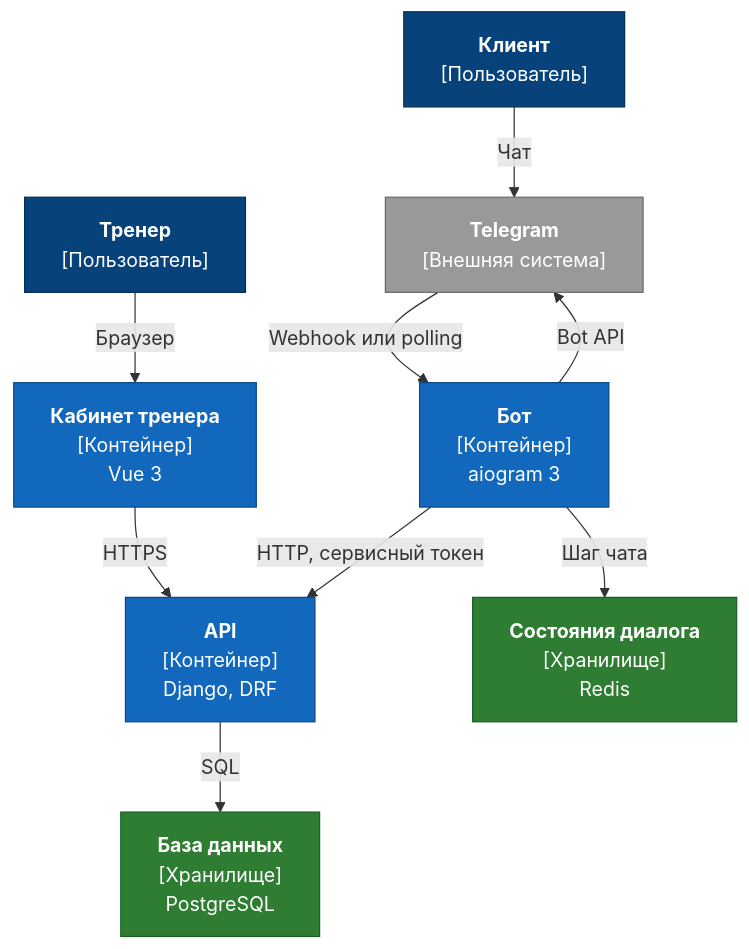
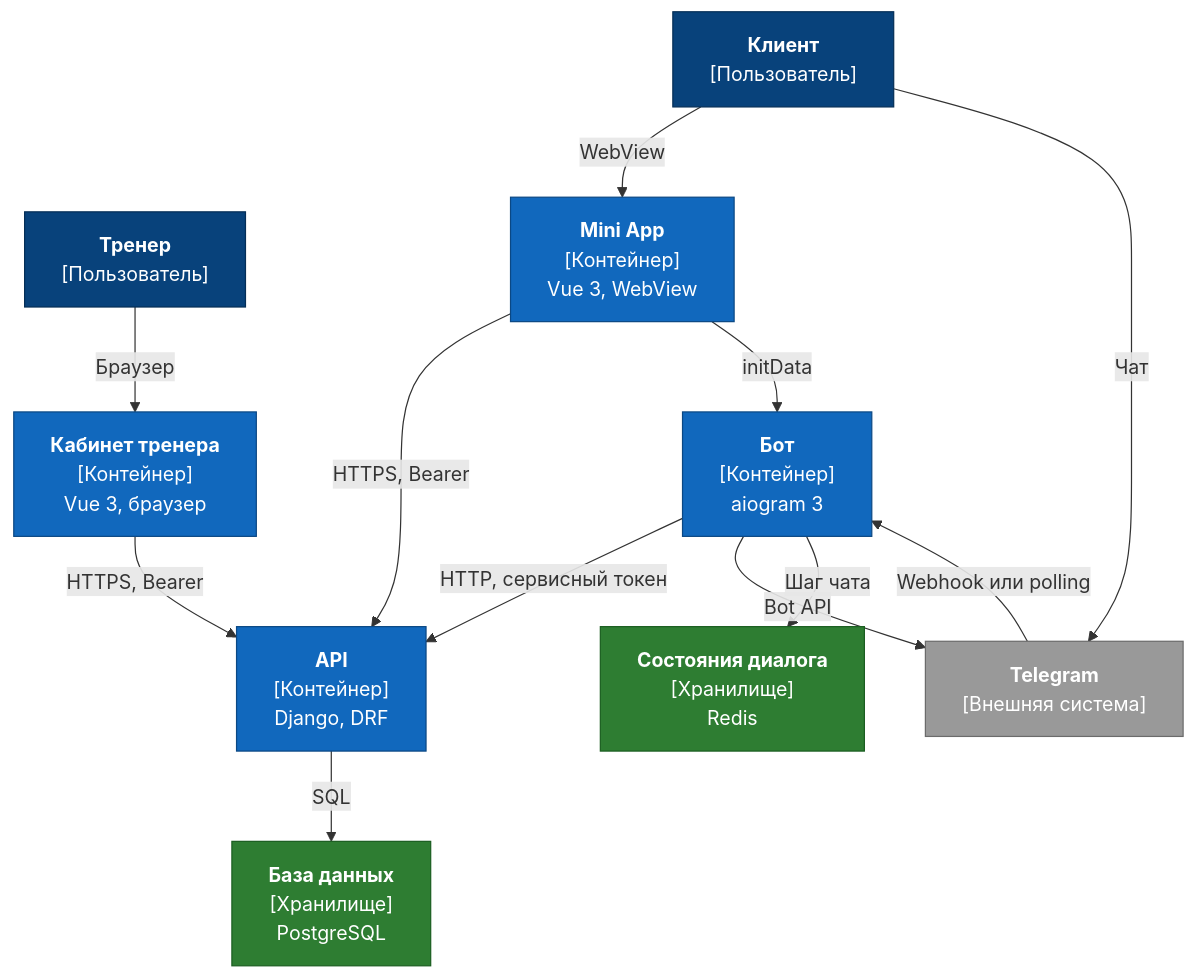
The diagram in docs/architecture/c4/containers.md (pycoder-code/trenly-ai), drawn with Mermaid before and after one commit. The commit also changed other lines of this file and 87 other files, not shown here.

````diff
--- a/docs/architecture/c4/containers.md
+++ b/docs/architecture/c4/containers.md
@@ -32,32 +35,36 @@
 ```mermaid
 flowchart TB
     trainer["<b>Тренер</b><br/>[Пользователь]"]
     client["<b>Клиент</b><br/>[Пользователь]"]
 
-    cabinet["<b>Кабинет тренера</b><br/>[Контейнер]<br/>Vue 3"]
+    dashboard["<b>Кабинет тренера</b><br/>[Контейнер]<br/>Vue 3, браузер"]
+    miniapp["<b>Mini App</b><br/>[Контейнер]<br/>Vue 3, WebView"]
     api["<b>API</b><br/>[Контейнер]<br/>Django, DRF"]
     bot["<b>Бот</b><br/>[Контейнер]<br/>aiogram 3"]
 
     db["<b>База данных</b><br/>[Хранилище]<br/>PostgreSQL"]
     redis["<b>Состояния диалога</b><br/>[Хранилище]<br/>Redis"]
 
     telegram["<b>Telegram</b><br/>[Внешняя система]"]
 
-    trainer -- "Браузер" --> cabinet
+    trainer -- "Браузер" --> dashboard
+    client -- "WebView" --> miniapp
     client -- "Чат" --> telegram
-    cabinet -- "HTTPS" --> api
+    dashboard -- "HTTPS, Bearer" --> api
+    miniapp -- "HTTPS, Bearer" --> api
+    miniapp -- "initData" --> bot
     telegram -- "Webhook или polling" --> bot
     bot -- "HTTP, сервисный токен" --> api
     bot -- "Bot API" --> telegram
     bot -- "Шаг чата" --> redis
     api -- "SQL" --> db
 
     classDef person fill:#08427b,stroke:#052e56,color:#fff
     classDef container fill:#1168bd,stroke:#0b4884,color:#fff
     classDef store fill:#2e7d32,stroke:#1b5e20,color:#fff
     classDef external fill:#999,stroke:#6b6b6b,color:#fff
     class trainer,client person
-    class cabinet,api,bot container
+    class dashboard,miniapp,api,bot container
     class db,redis store
     class telegram external
 ```
````
